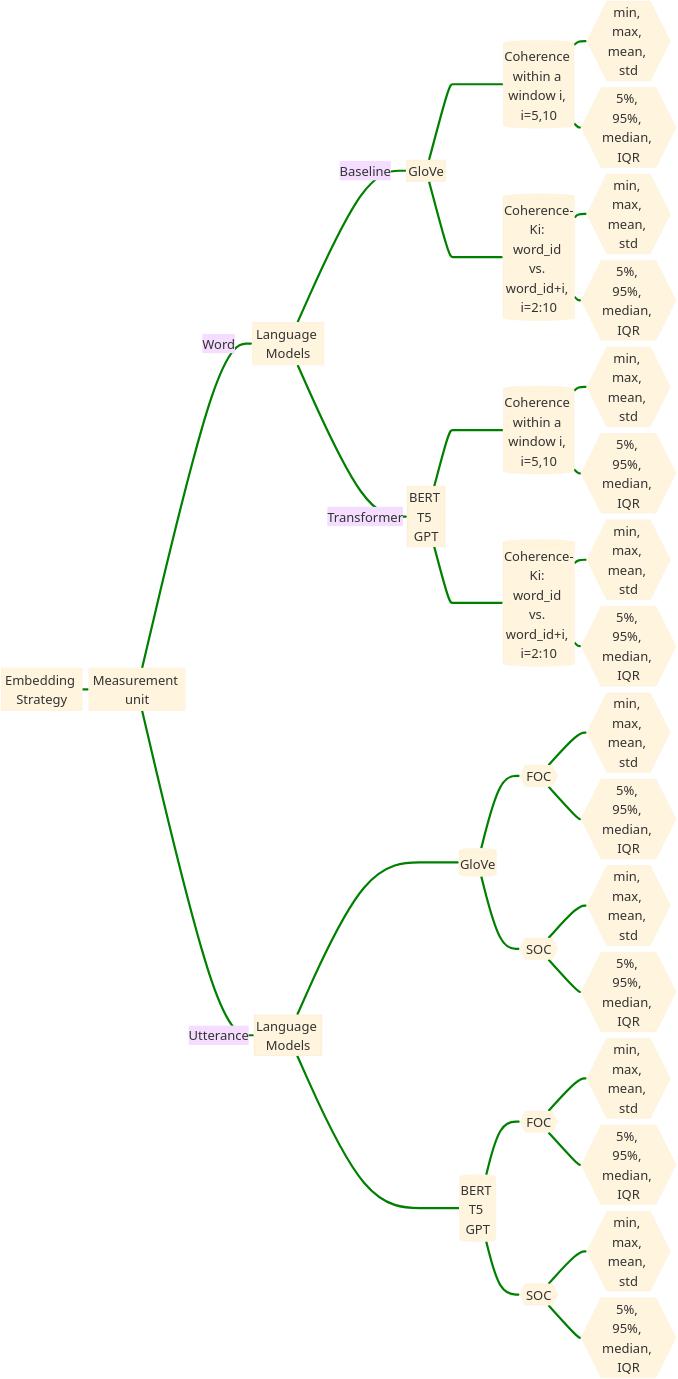
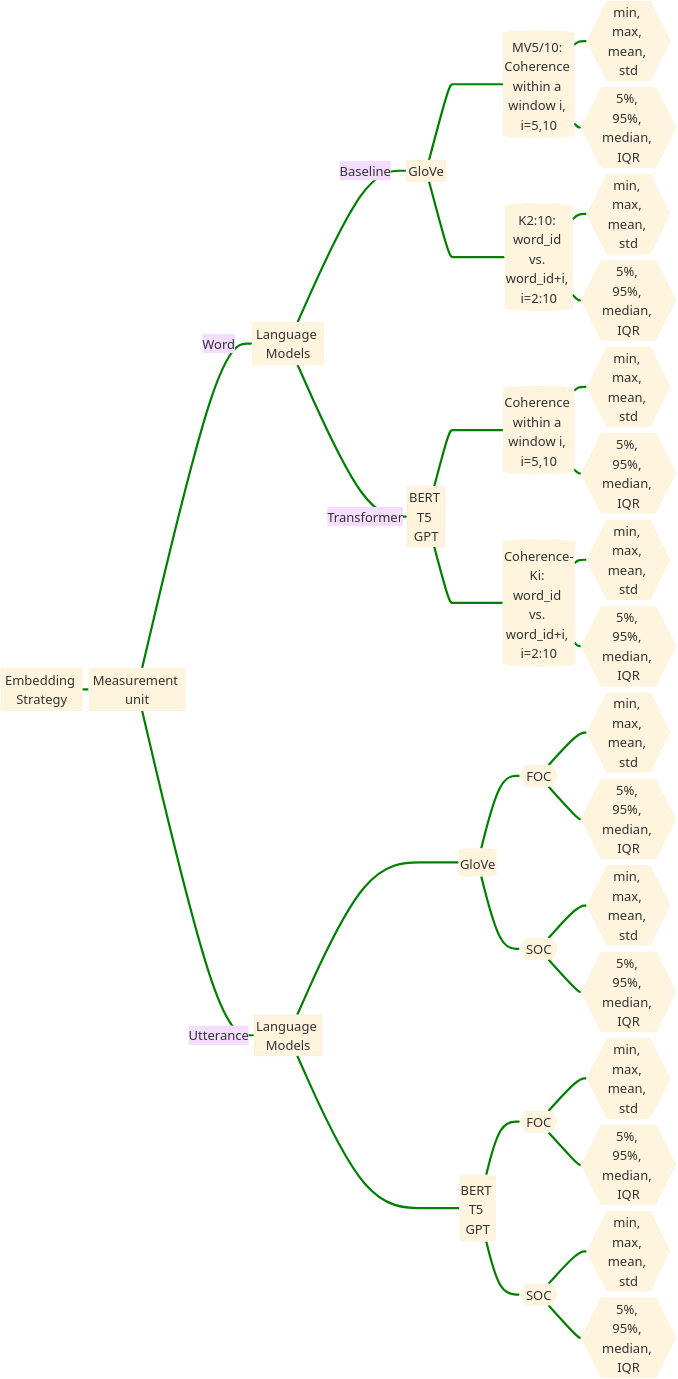
Before and after one commit to yancong222/SSD-LM-STanglab: the first of 2 diagrams in README.md, drawn with Mermaid.

````diff
--- a/README.md
+++ b/README.md
@@ -17,66 +17,66 @@
 ```mermaid
 %%{init: {'theme': 'base', 'themeVariables': { 'fontSize': '100px'}}}%%
 flowchart LR
     A[Embedding Strategy] ==> B[Measurement unit]
     B == Word ==> C[Language Models]
-    C == Baseline ==> D[[GloVe]] ====> G[(Coherence within a window i, i=5,10)]
+    C == Baseline ==> D[[GloVe]] ====> G[(MV5/10: Coherence within a window i, i=5,10)]
     G ==> J{{min, max, mean, std}}
     G ==> K{{5%, 95%, median, IQR}}
-    D ====> P[(Coherence-Ki: word_id vs. word_id+i, i=2:10)]
+    D ====> P[(K2:10: word_id vs. word_id+i, i=2:10)]
     P ==> Q{{min, max, mean, std}}
     P ==> R{{5%, 95%, median, IQR}}
     C == Transformer ==> E[[BERT T5 GPT]] ====> H[(Coherence within a window i, i=5,10)]
     H ==> L{{min, max, mean, std}}
     H ==> M{{5%, 95%, median, IQR}}
     E ====> S[(Coherence-Ki: word_id vs. word_id+i, i=2:10)]
     S ==> T{{min, max, mean, std}}
     S ==> U{{5%, 95%, median, IQR}}
     B == Utterance ==> F[[Language Models]] ====> I[(GloVe)]
     I ==> N{{FOC}}
     I ==> O{{SOC}}
     N ==> a{{min, max, mean, std}}
     N ==> b{{5%, 95%, median, IQR}}
     O ==> c{{min, max, mean, std}}
     O ==> d{{5%, 95%, median, IQR}}
     F ====> V[(BERT T5 GPT)]
     V ==> W{{FOC}}
     V ==> X{{SOC}}
     W ==> e{{min, max, mean, std}}
     W ==> f{{5%, 95%, median, IQR}}
     X ==> g{{min, max, mean, std}}
     X ==> h{{5%, 95%, median, IQR}}
     
     
     linkStyle 0 stroke-width:17px,fill:none,stroke:green;
     linkStyle 1 stroke-width:17px,fill:none,stroke:green;
     linkStyle 2 stroke-width:17px,fill:none,stroke:green;
     linkStyle 3 stroke-width:17px,fill:none,stroke:green;
     linkStyle 4 stroke-width:17px,fill:none,stroke:green;
     linkStyle 5 stroke-width:17px,fill:none,stroke:green;
     linkStyle 6 stroke-width:17px,fill:none,stroke:green;
     linkStyle 7 stroke-width:17px,fill:none,stroke:green;
     linkStyle 8 stroke-width:17px,fill:none,stroke:green;
     linkStyle 9 stroke-width:17px,fill:none,stroke:green;
     linkStyle 10 stroke-width:17px,fill:none,stroke:green;
     linkStyle 11 stroke-width:17px,fill:none,stroke:green;
     linkStyle 12 stroke-width:17px,fill:none,stroke:green;
     linkStyle 13 stroke-width:17px,fill:none,stroke:green;
     linkStyle 14 stroke-width:17px,fill:none,stroke:green;
     linkStyle 15 stroke-width:17px,fill:none,stroke:green;
     linkStyle 16 stroke-width:17px,fill:none,stroke:green;
     linkStyle 17 stroke-width:17px,fill:none,stroke:green;
     linkStyle 18 stroke-width:17px,fill:none,stroke:green;
     linkStyle 19 stroke-width:17px,fill:none,stroke:green;
     linkStyle 20 stroke-width:17px,fill:none,stroke:green;
     linkStyle 21 stroke-width:17px,fill:none,stroke:green;
     linkStyle 22 stroke-width:17px,fill:none,stroke:green;
     linkStyle 23 stroke-width:17px,fill:none,stroke:green;
     linkStyle 24 stroke-width:17px,fill:none,stroke:green;
     linkStyle 25 stroke-width:17px,fill:none,stroke:green;
     linkStyle 26 stroke-width:17px,fill:none,stroke:green;
     linkStyle 27 stroke-width:17px,fill:none,stroke:green;
     linkStyle 28 stroke-width:17px,fill:none,stroke:green;
     linkStyle 29 stroke-width:17px,fill:none,stroke:green;
     linkStyle 30 stroke-width:17px,fill:none,stroke:green;
     
 ```
````
